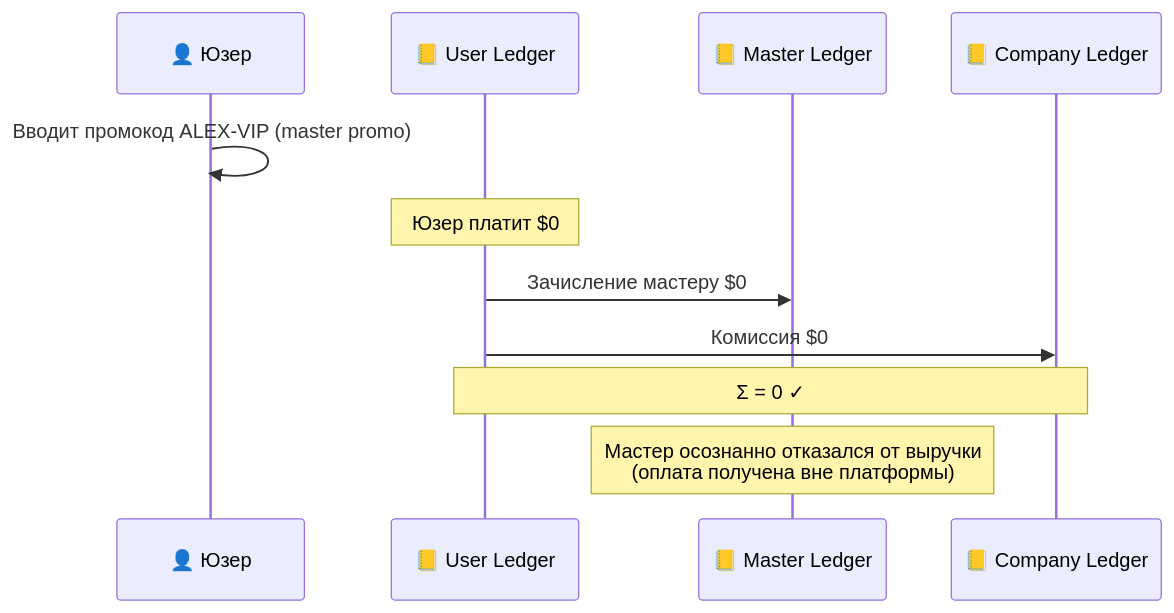
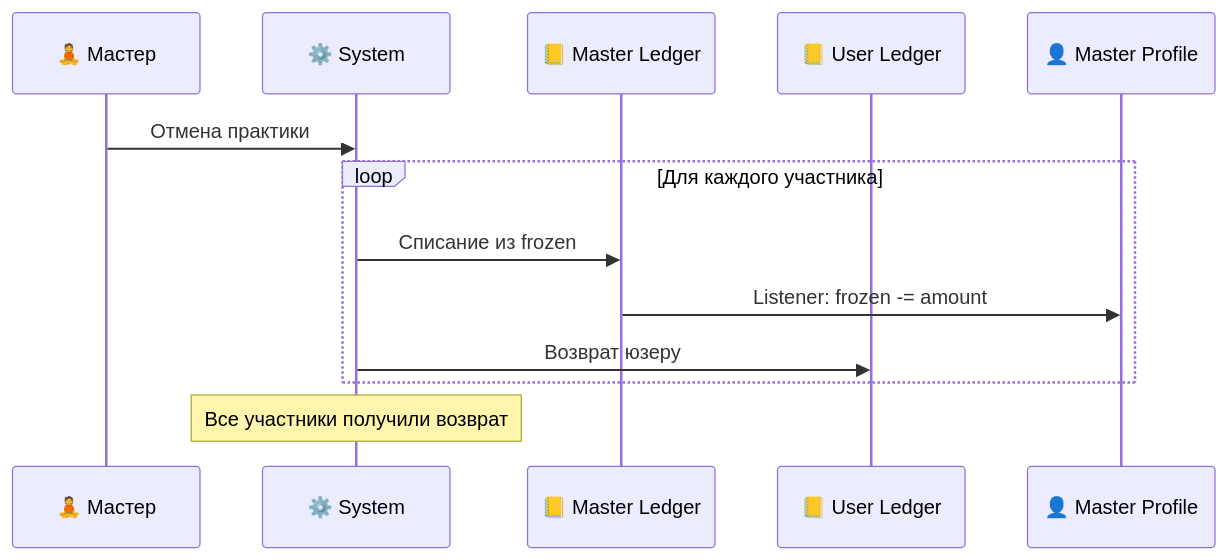
The eighth of 9 diagrams in VELO-Payment-System-Meeting.md (aivis-one/velo), drawn with Mermaid before and after one commit. The commit also changed other lines of this file, not shown here.

````diff
--- a/VELO-Payment-System-Meeting.md
+++ b/VELO-Payment-System-Meeting.md
@@ -284,14 +315,16 @@
 ```mermaid
 sequenceDiagram
-    participant U as 👤 Юзер
+    participant M as 🧘 Мастер
+    participant SYS as ⚙️ System
+    participant ML as 📒 Master Ledger
     participant UL as 📒 User Ledger
-    participant ML as 📒 Master Ledger
-    participant CL as 📒 Company Ledger
+    participant MP as 👤 Master Profile
 
-    U->>U: Вводит промокод ALEX-VIP (master promo)
-    Note over UL: Юзер платит $0
-    UL->>ML: Зачисление мастеру $0
-    UL->>CL: Комиссия $0
-    Note over UL,CL: Σ = 0 ✓
-    Note over ML: Мастер осознанно отказался от выручки<br/>(оплата получена вне платформы)
+    M->>SYS: Отмена практики
+    loop Для каждого участника
+        SYS->>ML: Списание из frozen
+        ML->>MP: Listener: frozen -= amount
+        SYS->>UL: Возврат юзеру
+    end
+    Note over SYS: Все участники получили возврат
 ```
````
